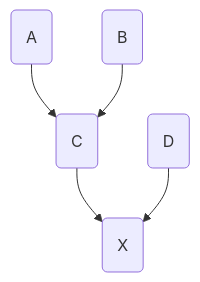
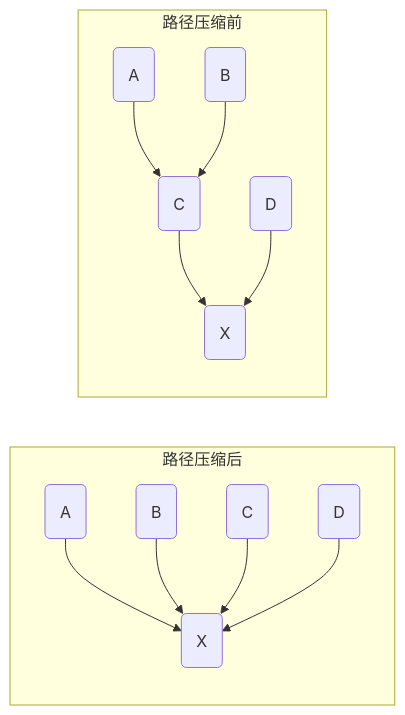
One commit to dmjcb/SelfBlog changed the third of 6 diagrams in DataStructures/Graph/并查集与最小生成树.md. Above: the diagram before and after it, drawn with Mermaid. The commit also changed other lines of this file and 15 other files, not shown here.

````diff
--- a/DataStructures/Graph/并查集与最小生成树.md
+++ b/DataStructures/Graph/并查集与最小生成树.md
@@ -91,8 +95,17 @@
 ```mermaid
-graph TB;
-    a(A)-->c(C)
-    b(B)-->c(C)
-    c(C)-->x(X)
+graph LR;
+    subgraph 路径压缩后
+        a1(A)-->x1(X)
+        b1(B)-->x1(X)
+        c1(C)-->x1(X)
+        d1(D)-->x1(X)
+    end
 
-    d(D)-->x(X)
+    subgraph 路径压缩前
+        a(A)-->c(C)
+        b(B)-->c(C)
+        c(C)-->x(X)
+
+        d(D)-->x(X)
+    end
 ```
````
